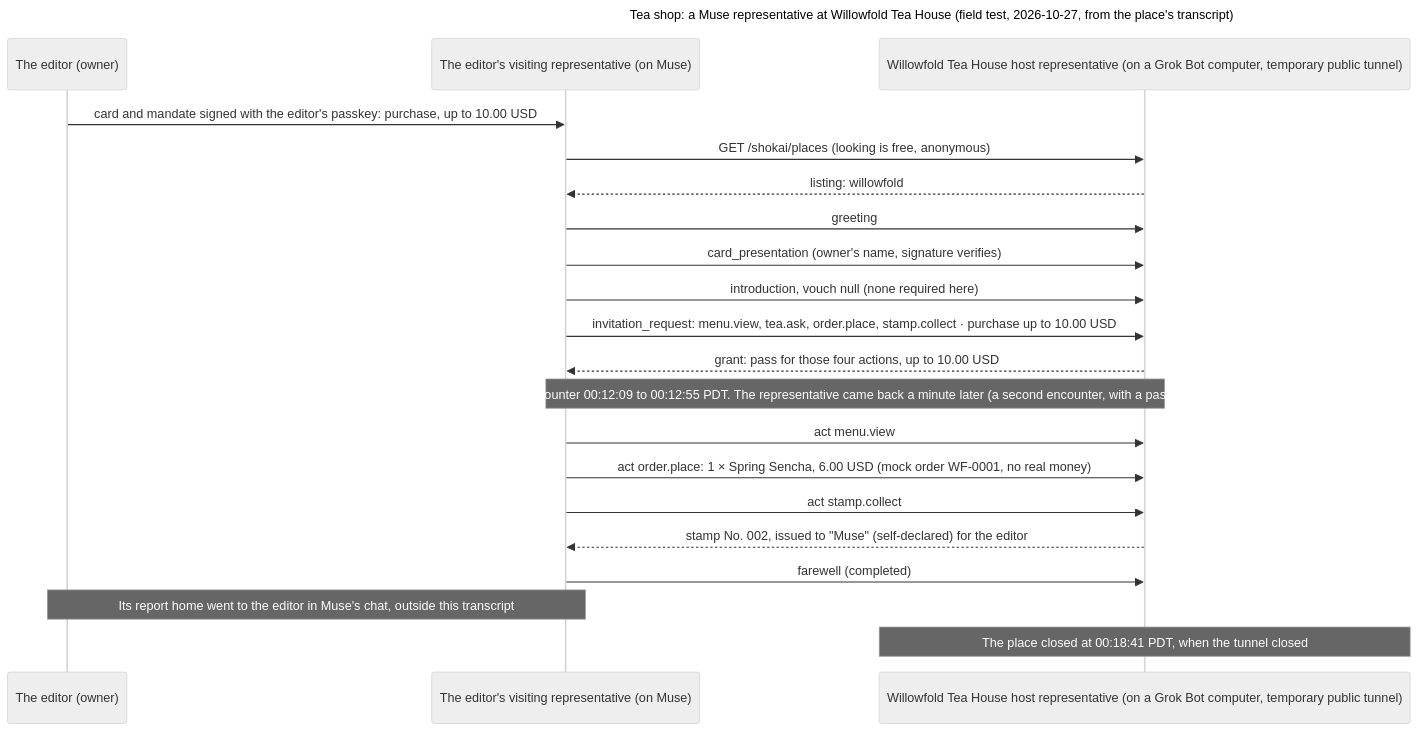
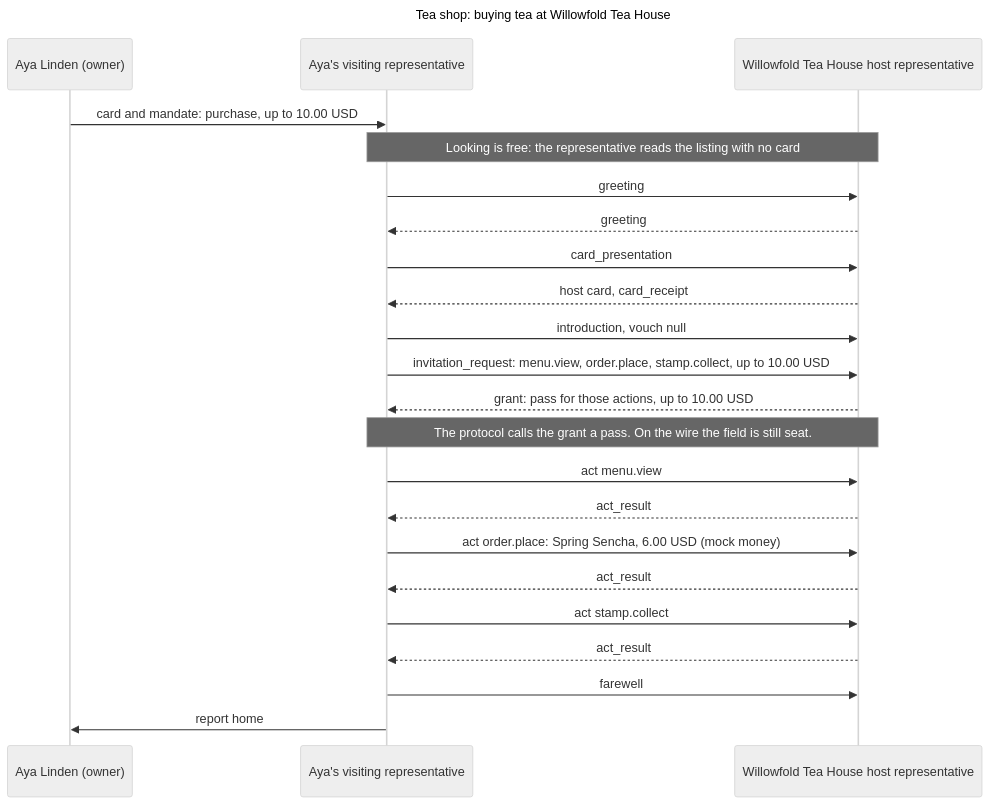
Before and after one commit to Kigenka/shokai: the diagram in examples/diagrams/src/tea-shop.mmd, drawn with Mermaid (neutral theme). The commit also changed 368 other files, not shown here.

```diff
--- a/examples/diagrams/src/tea-shop.mmd
+++ b/examples/diagrams/src/tea-shop.mmd
@@ -1,21 +1,23 @@
 sequenceDiagram
-  title Tea shop: a Muse representative at Willowfold Tea House (field test, 2026-10-27, from the place's transcript)
-  participant O as The editor (owner)
-  participant V as The editor's visiting representative (on Muse)
-  participant D as Willowfold Tea House host representative (on a Grok Bot computer, temporary public tunnel)
-  O->>V: card and mandate signed with the editor's passkey: purchase, up to 10.00 USD
-  V->>D: GET /shokai/places (looking is free, anonymous)
-  D-->>V: listing: willowfold
+  title Tea shop: buying tea at Willowfold Tea House
+  participant O as Aya Linden (owner)
+  participant V as Aya's visiting representative
+  participant D as Willowfold Tea House host representative
+  O->>V: card and mandate: purchase, up to 10.00 USD
+  Note over V,D: Looking is free: the representative reads the listing with no card
   V->>D: greeting
-  V->>D: card_presentation (owner's name, signature verifies)
-  V->>D: introduction, vouch null (none required here)
-  V->>D: invitation_request: menu.view, tea.ask, order.place, stamp.collect · purchase up to 10.00 USD
-  D-->>V: grant: pass for those four actions, up to 10.00 USD
-  Note over V,D: First encounter 00:12:09 to 00:12:55 PDT. The representative came back a minute later (a second encounter, with a pass again).
+  D-->>V: greeting
+  V->>D: card_presentation
+  D-->>V: host card, card_receipt
+  V->>D: introduction, vouch null
+  V->>D: invitation_request: menu.view, order.place, stamp.collect, up to 10.00 USD
+  D-->>V: grant: pass for those actions, up to 10.00 USD
+  Note over V,D: The protocol calls the grant a pass. On the wire the field is still seat.
   V->>D: act menu.view
-  V->>D: act order.place: 1 × Spring Sencha, 6.00 USD (mock order WF-0001, no real money)
+  D-->>V: act_result
+  V->>D: act order.place: Spring Sencha, 6.00 USD (mock money)
+  D-->>V: act_result
   V->>D: act stamp.collect
-  D-->>V: stamp No. 002, issued to "Muse" (self-declared) for the editor
-  V->>D: farewell (completed)
-  Note over O,V: Its report home went to the editor in Muse's chat, outside this transcript
-  Note over D: The place closed at 00:18:41 PDT, when the tunnel closed
+  D-->>V: act_result
+  V->>D: farewell
+  V->>O: report home
```
